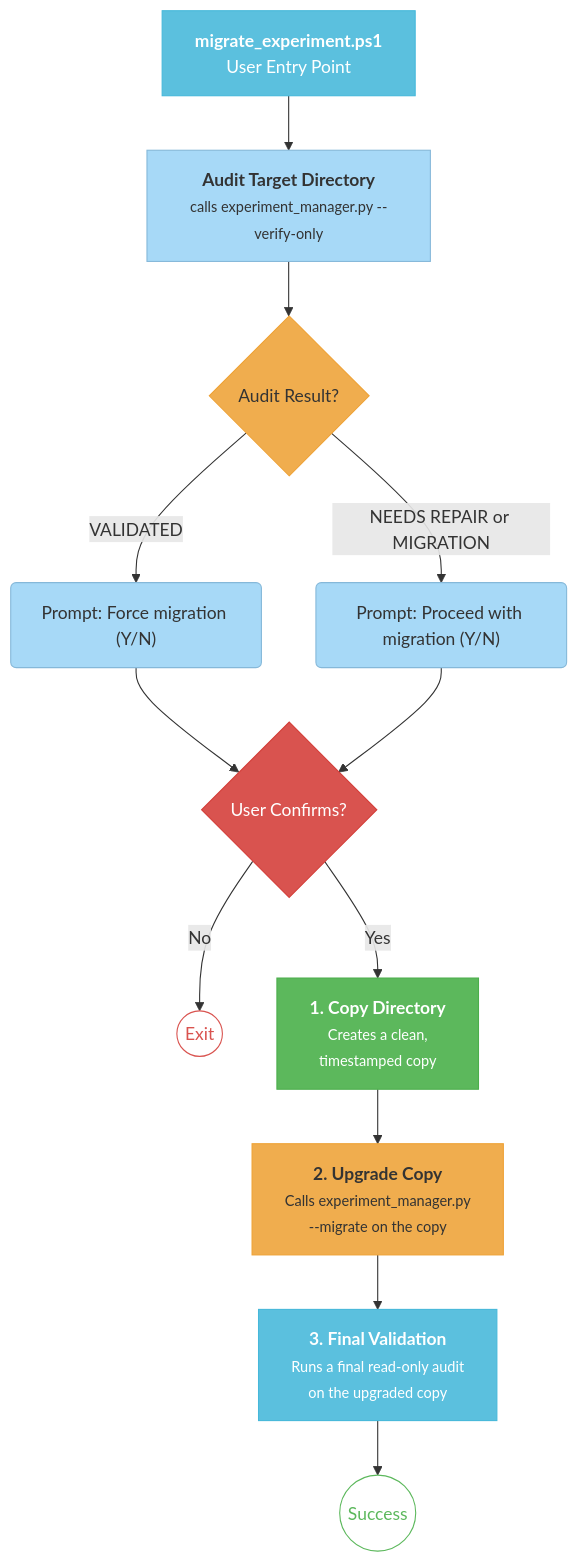
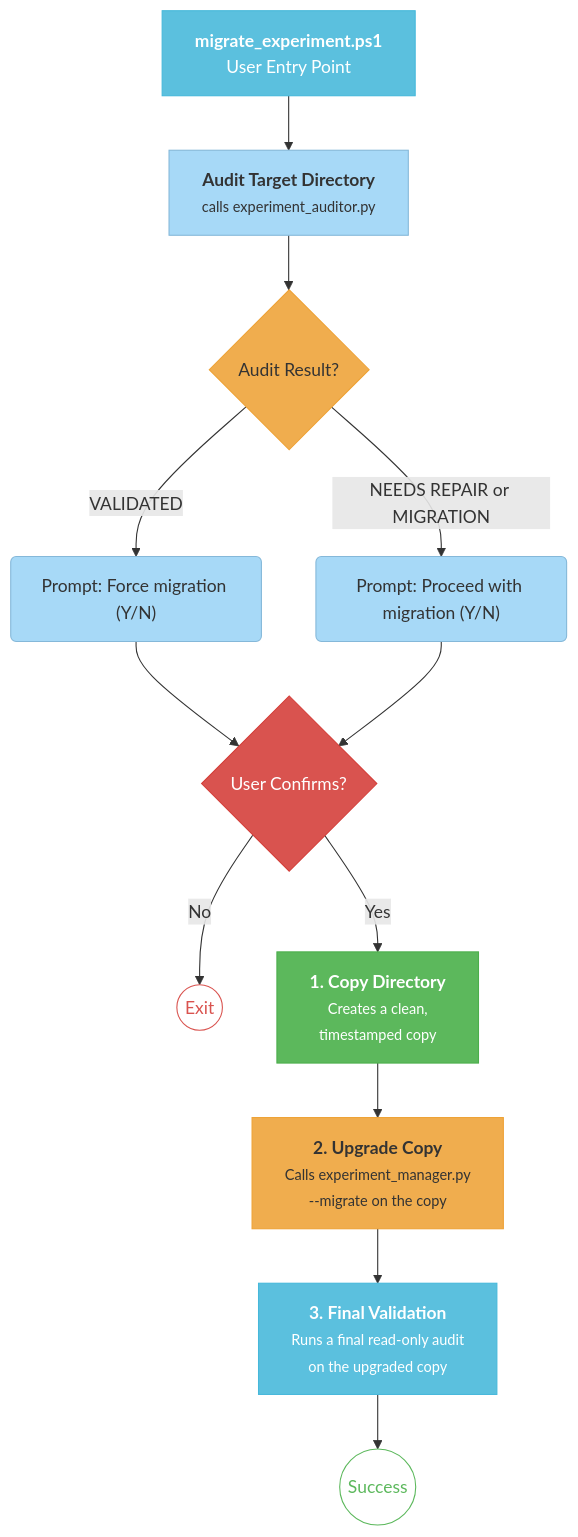
Before and after one commit to peterjmarko/llm-narrative-framework: the diagram in docs/diagrams/flow_main_4_migrate_experiment.mmd, drawn with Mermaid. The commit also changed 29 other files, not shown here.

```diff
--- a/docs/diagrams/flow_main_4_migrate_experiment.mmd
+++ b/docs/diagrams/flow_main_4_migrate_experiment.mmd
@@ -1,30 +1,30 @@
 graph TD
-    A[<b>migrate_experiment.ps1</b><br>User Entry Point]:::script --> B[<b>Audit Target Directory</b><br><small>calls experiment_manager.py --verify-only</small>]:::entry_py_alt
+    A[<b>migrate_experiment.ps1</b><br>User Entry Point]:::script --> B[<b>Audit Target Directory</b><br><small>calls experiment_auditor.py</small>]:::entry_py_alt
 
     B --> C{Audit Result?}:::decision_alt
 
     C -- "VALIDATED" --> D("Prompt: Force migration (Y/N)"):::prompt_style
     C -- "NEEDS REPAIR or MIGRATION" --> E("Prompt: Proceed with migration (Y/N)"):::prompt_style
 
     D --> F{User Confirms?}:::decision
     E --> F
 
     F -- No --> G((Exit)):::stop_node
 
     F -- Yes --> H[<b>1. Copy Directory</b><br><small>Creates a clean,<br>timestamped copy</small>]:::action
     H --> I[<b>2. Upgrade Copy</b><br><small>Calls experiment_manager.py<br>--migrate on the copy</small>]:::entry_py
     I --> J[<b>3. Final Validation</b><br><small>Runs a final read-only audit<br>on the upgraded copy</small>]:::script_audit
     J --> K((Success)):::finish_node
 
 
     %% Styling
     classDef script fill:#5bc0de,stroke:#46b8da,color:#fff;
     classDef entry_py_alt fill:#a7d9f7,stroke:#85b8d9,color:#333;
     classDef decision_alt fill:#f0ad4e,stroke:#eea236,color:#333;
     classDef prompt_style fill:#a7d9f7,stroke:#85b8d9,color:#333;
     classDef decision fill:#d9534f,stroke:#d43f3a,color:#fff;
     classDef action fill:#5cb85c,stroke:#4cae4c,color:#fff;
     classDef entry_py fill:#f0ad4e,stroke:#eea236,color:#333;
     classDef script_audit fill:#5bc0de,stroke:#46b8da,color:#fff;
     classDef stop_node fill:#fff,stroke:#d9534f,color:#d9534f;
     classDef finish_node fill:#fff,stroke:#5cb85c,color:#5cb85c;
```
